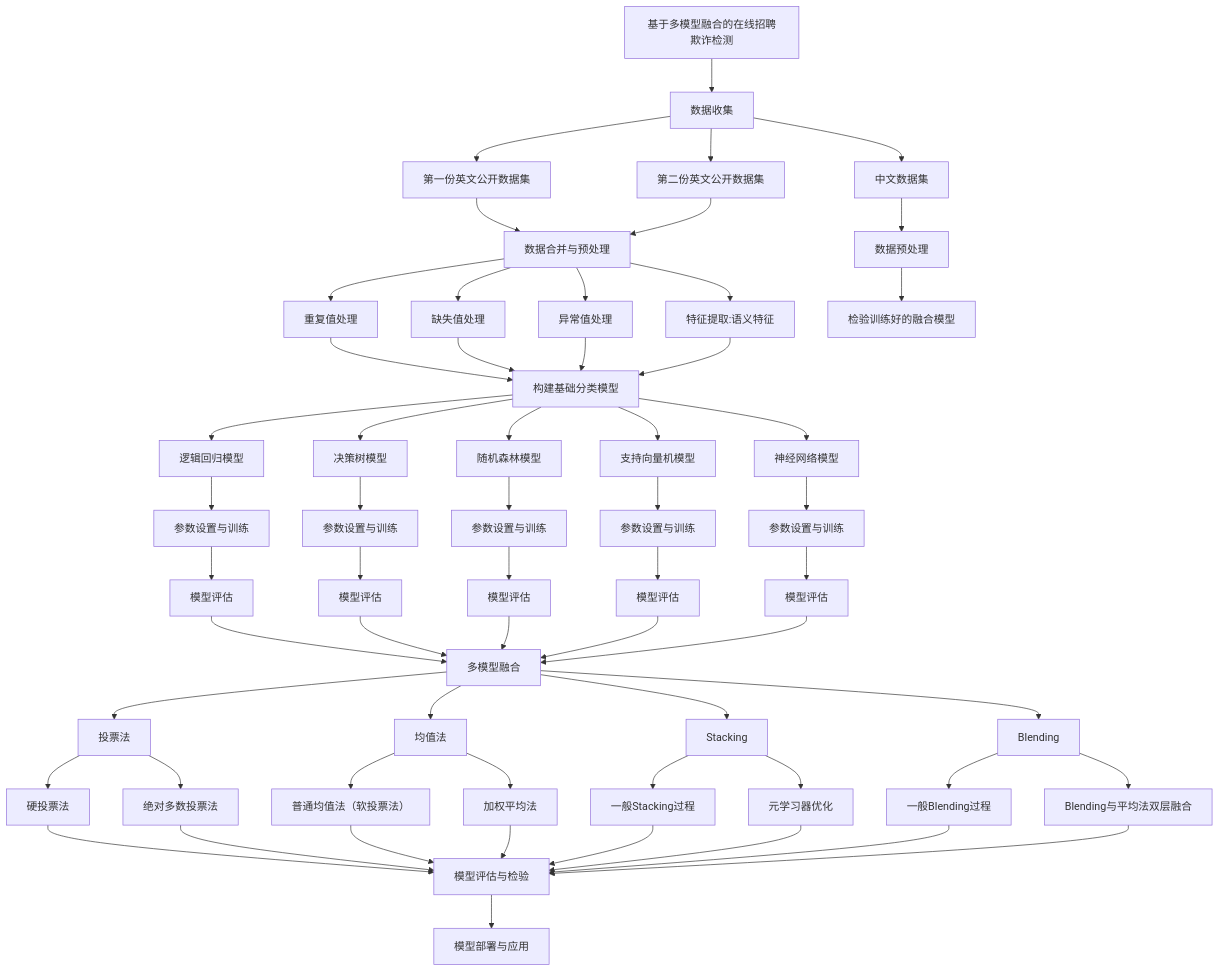
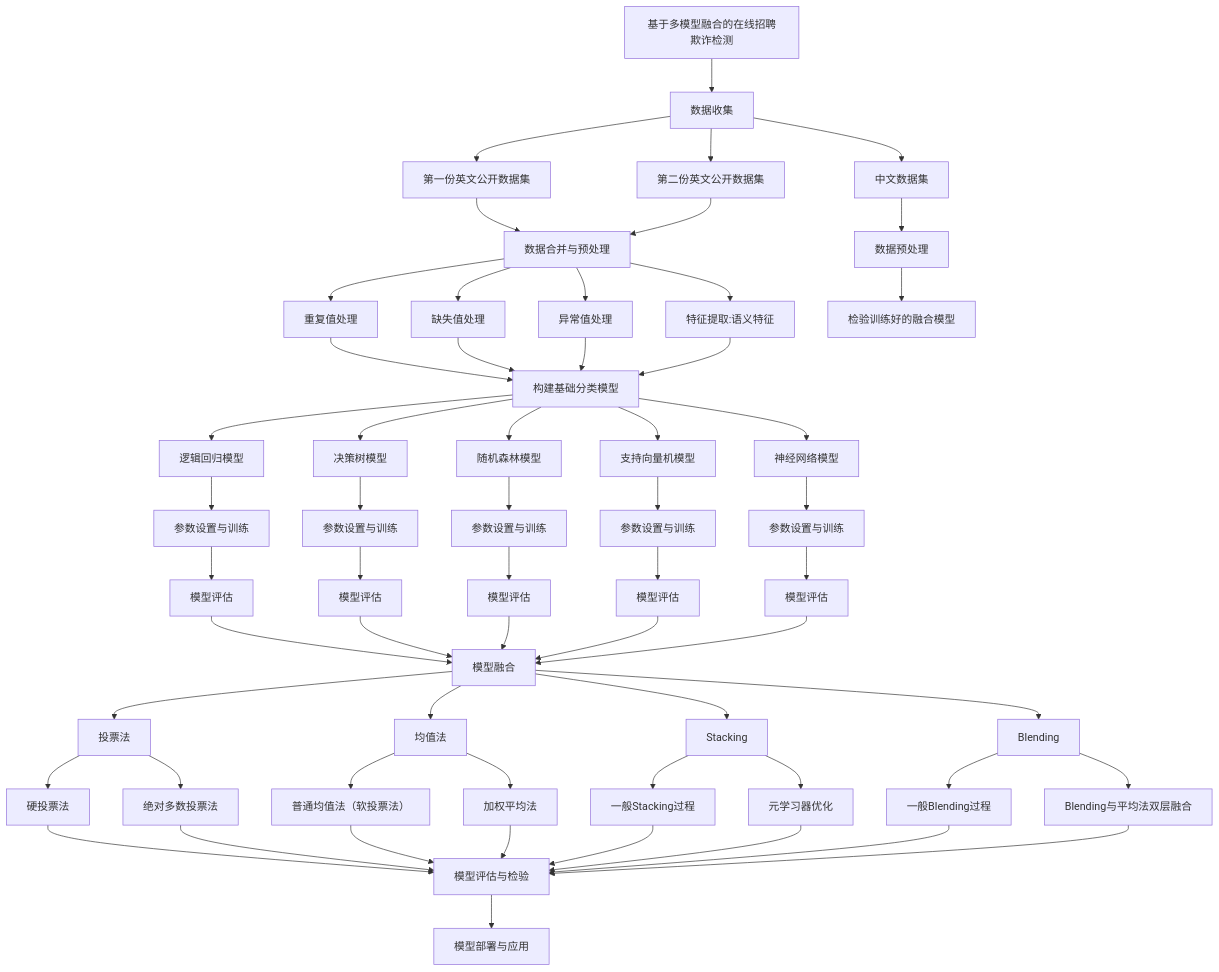
The diagram in README.md (ZenCoder-art/ofd), drawn with Mermaid before and after one commit. The commit also changed other lines of this file, not shown here.

````diff
--- a/README.md
+++ b/README.md
@@ -68,60 +17,60 @@
 ```mermaid
 graph TB;
     A[基于多模型融合的在线招聘欺诈检测] --> B[数据收集];
     B --> C1[第一份英文公开数据集];
     B --> C2[第二份英文公开数据集]
     C1 --> D[数据合并与预处理]
     C2 --> D[数据合并与预处理]
     D --> E1[重复值处理]
     D --> E2[缺失值处理]
     D --> E3[异常值处理]
     D --> E4[特征提取:语义特征]
     E1 --> F[构建基础分类模型]
     E2 --> F
     E3 --> F
     E4 --> F
     F --> G1[逻辑回归模型]
     F --> G2[决策树模型]
     F --> G3[随机森林模型]
     F --> G4[支持向量机模型]
     F --> G5[神经网络模型];
     G1 --> H1[参数设置与训练]
     H1 --> J1[模型评估]
     G2 --> H2[参数设置与训练]
     H2 --> J2[模型评估]
     G3 --> H3[参数设置与训练]
     H3 --> J3[模型评估]
     G4 --> H4[参数设置与训练]
     H4 --> J4[模型评估]
     G5 --> H5[参数设置与训练]
     H5 --> J5[模型评估]
-    J1 --> K[多模型融合]
+    J1 --> K[模型融合]
     J2 --> K
     J3 --> K
     J4 --> K
     J5 --> K
     K --> L1[投票法]
     K --> L2[均值法]
     K --> L3[Stacking]
     K --> L4[Blending]
     L1 --> M1[硬投票法]
     L1 --> M2[绝对多数投票法]
     L2 --> M3[普通均值法（软投票法）]
     L2 --> M4[加权平均法]
     L3 --> M5[一般Stacking过程]
     L3 --> M6[元学习器优化]
     L4 --> M7[一般Blending过程]
     L4 --> M8[Blending与平均法双层融合]
     M1 --> N[模型评估与检验]
     M2 --> N
     M3 --> N
     M4 --> N
     M5 --> N
     M6 --> N
     M7 --> N
     M8 --> N
     N --> O[模型部署与应用]
     B --> C3[中文数据集]
     C3 --> D1[数据预处理]
     D1 --> E5[检验训练好的融合模型]
 ```
````
